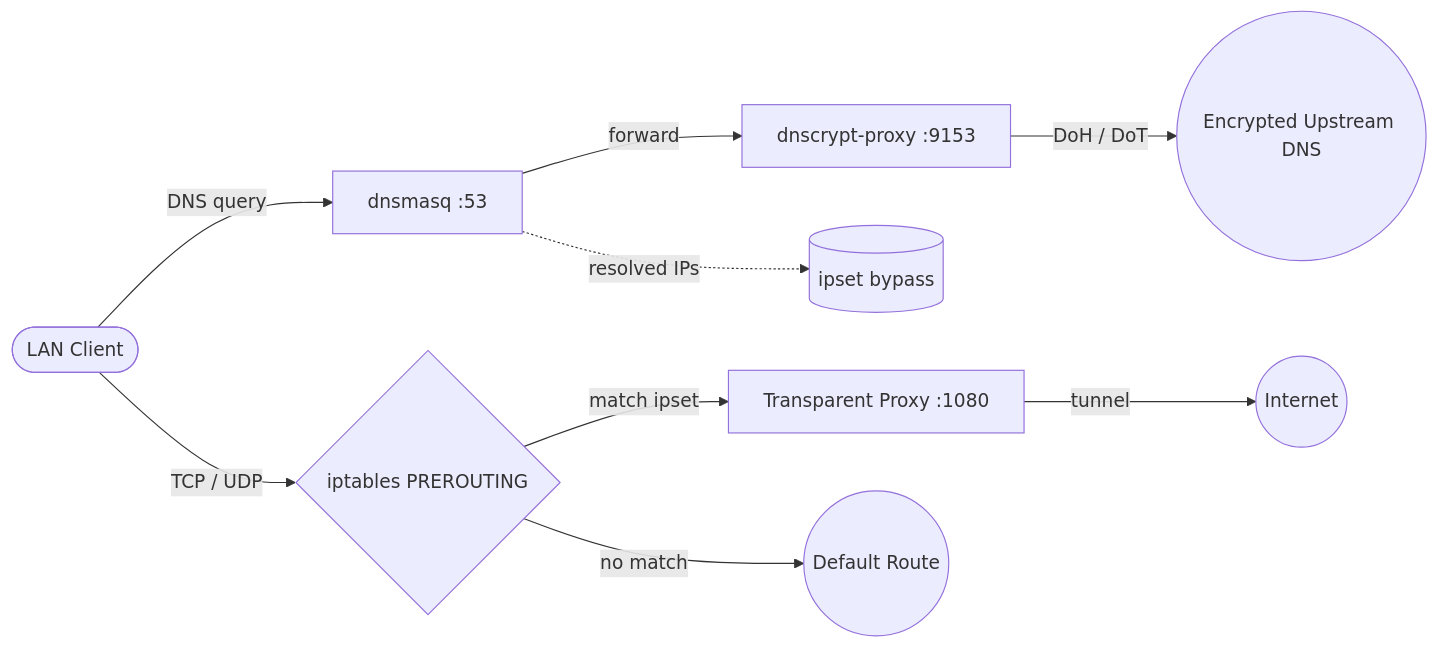
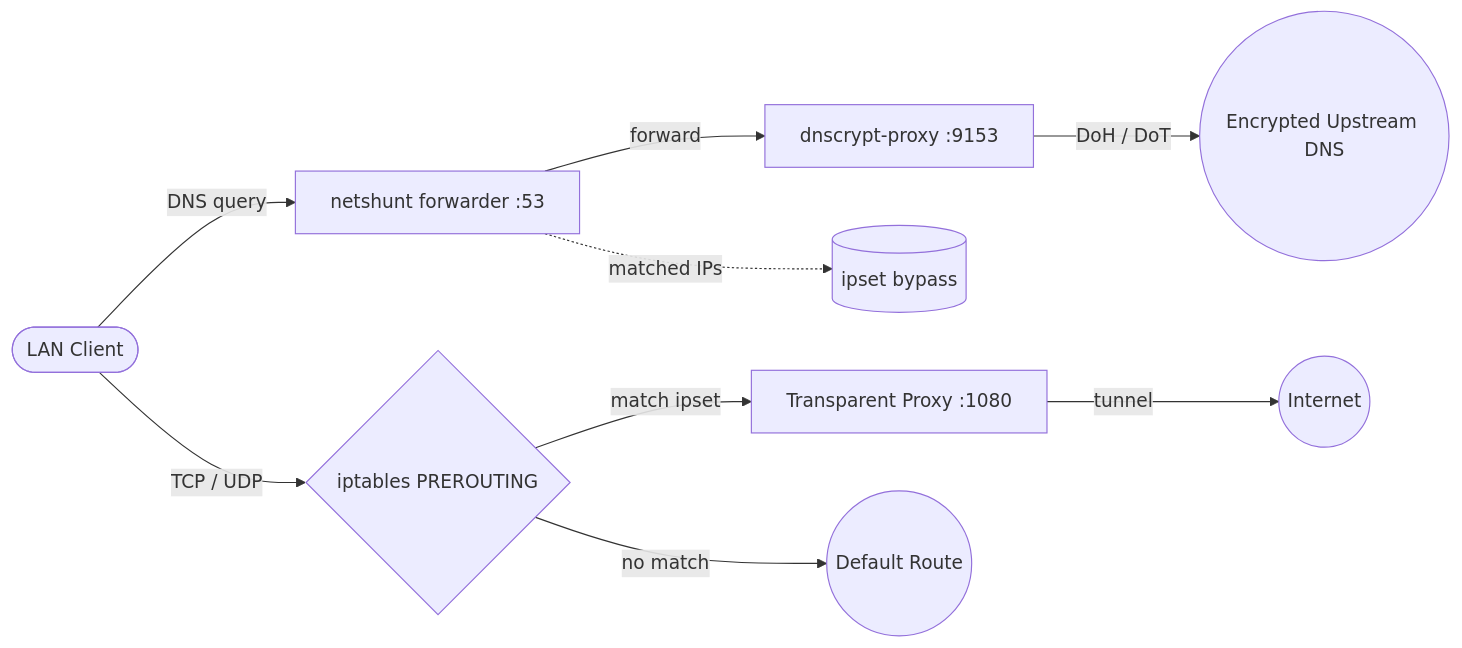
One commit to egorlepa/netshunt changed the diagram in README.md. Above: the diagram before and after it, drawn with Mermaid. The commit also changed other lines of this file and 60 other files, not shown here.

First line of the commit message:
Replace dnsmasq with built-in Go DNS forwarder

````diff
--- a/README.md
+++ b/README.md
@@ -21,13 +21,13 @@
 ```mermaid
 flowchart LR
     Client([LAN Client])
-    Client -->|DNS query| dnsmasq[dnsmasq :53]
-    dnsmasq -->|forward| dnscrypt[dnscrypt-proxy :9153]
+    Client -->|DNS query| forwarder[netshunt forwarder :53]
+    forwarder -->|forward| dnscrypt[dnscrypt-proxy :9153]
     dnscrypt -->|DoH / DoT| upstream((Encrypted Upstream DNS))
-    dnsmasq -.->|resolved IPs| ipset[(ipset bypass)]
+    forwarder -.->|matched IPs| ipset[(ipset bypass)]
 
     Client -->|TCP / UDP| iptables{iptables PREROUTING}
     iptables -->|match ipset| proxy[Transparent Proxy :1080]
     iptables -->|no match| direct((Default Route))
     proxy -->|tunnel| internet((Internet))
 ```
````
